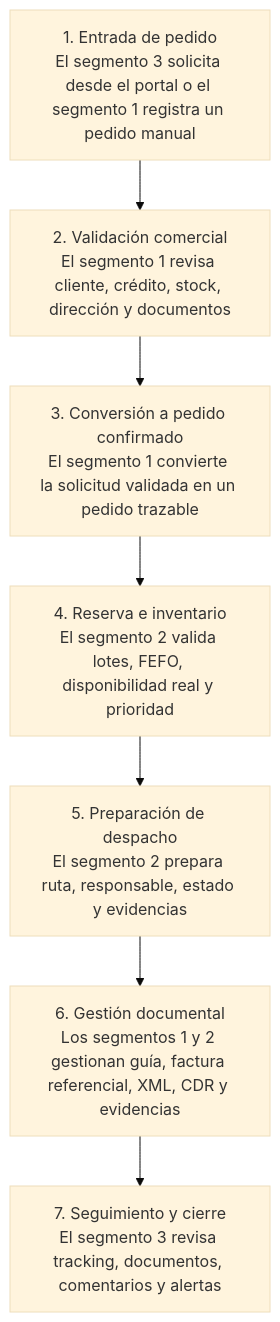
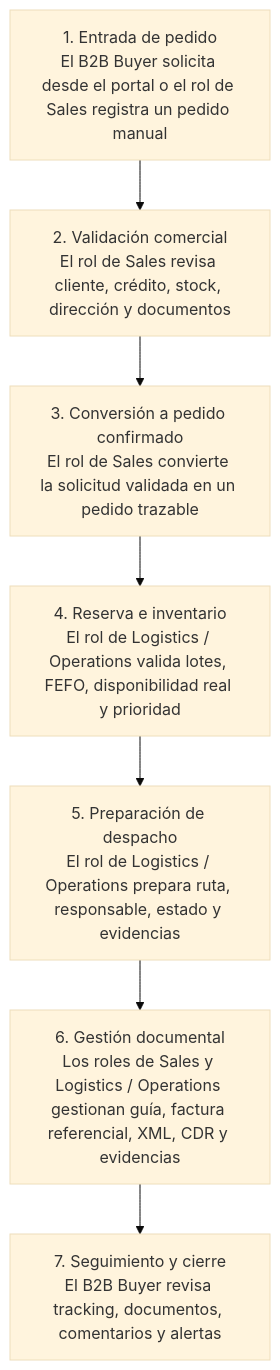
Before and after one commit to R0obxdnt-bit/nexa-ecosystem-report-v2: the second of 4 diagrams in report/10-chapter-1-introduction/1-3-target-segments.md, drawn with Mermaid (base theme). The commit also changed other lines of this file, not shown here.

````diff
--- a/report/10-chapter-1-introduction/1-3-target-segments.md
+++ b/report/10-chapter-1-introduction/1-3-target-segments.md
@@ -50,17 +53,17 @@
 ```mermaid
 flowchart TD
-    P1["1. Entrada de pedido<br/>El segmento 3 solicita desde el portal o el segmento 1 registra un pedido manual"]
-    P2["2. Validación comercial<br/>El segmento 1 revisa cliente, crédito, stock, dirección y documentos"]
-    P3["3. Conversión a pedido confirmado<br/>El segmento 1 convierte la solicitud validada en un pedido trazable"]
-    P4["4. Reserva e inventario<br/>El segmento 2 valida lotes, FEFO, disponibilidad real y prioridad"]
-    P5["5. Preparación de despacho<br/>El segmento 2 prepara ruta, responsable, estado y evidencias"]
-    P6["6. Gestión documental<br/>Los segmentos 1 y 2 gestionan guía, factura referencial, XML, CDR y evidencias"]
-    P7["7. Seguimiento y cierre<br/>El segmento 3 revisa tracking, documentos, comentarios y alertas"]
+    P1["1. Entrada de pedido<br/>El B2B Buyer solicita desde el portal o el rol de Sales registra un pedido manual"]
+    P2["2. Validación comercial<br/>El rol de Sales revisa cliente, crédito, stock, dirección y documentos"]
+    P3["3. Conversión a pedido confirmado<br/>El rol de Sales convierte la solicitud validada en un pedido trazable"]
+    P4["4. Reserva e inventario<br/>El rol de Logistics / Operations valida lotes, FEFO, disponibilidad real y prioridad"]
+    P5["5. Preparación de despacho<br/>El rol de Logistics / Operations prepara ruta, responsable, estado y evidencias"]
+    P6["6. Gestión documental<br/>Los roles de Sales y Logistics / Operations gestionan guía, factura referencial, XML, CDR y evidencias"]
+    P7["7. Seguimiento y cierre<br/>El B2B Buyer revisa tracking, documentos, comentarios y alertas"]
 
     P1 --> P2
     P2 --> P3
     P3 --> P4
     P4 --> P5
     P5 --> P6
     P6 --> P7
 ```
````
